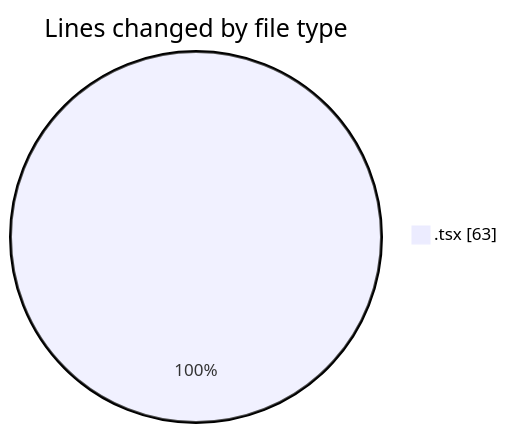
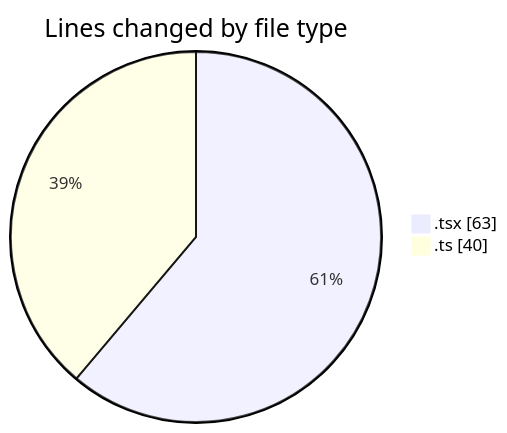
The first of 2 diagrams in 2025-04-29/cda/README.md (momahboobian/code-tracking), drawn with Mermaid before and after one commit. The commit also changed other lines of this file and 1 other file, not shown here.

````diff
--- a/2025-04-29/cda/README.md
+++ b/2025-04-29/cda/README.md
@@ -20,5 +21,6 @@
 ```mermaid
 pie showData
 title Lines changed by file type
 ".tsx" : 63
+".ts" : 40
 ```
````
